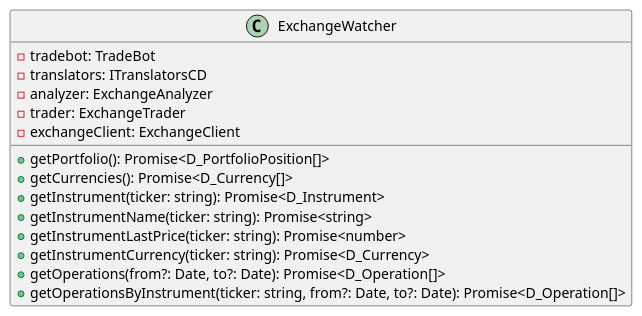
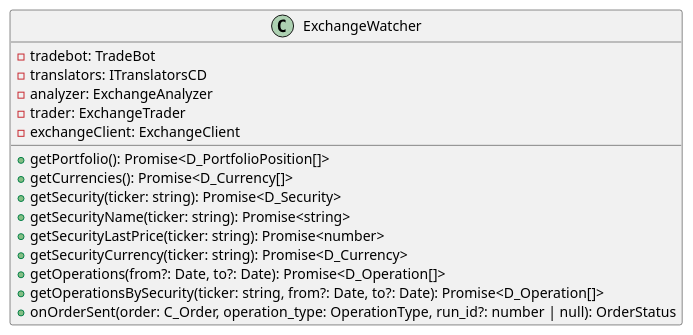
The diagram in docs/ExchangeWatcher.puml (d0rich/tradeb0t), drawn with PlantUML before and after one commit. The commit also changed 6 other files, not shown here.

```diff
--- a/docs/ExchangeWatcher.puml
+++ b/docs/ExchangeWatcher.puml
@@ -1,17 +1,18 @@
 @startuml
 class ExchangeWatcher {
     -tradebot: TradeBot
     -translators: ITranslatorsCD
     -analyzer: ExchangeAnalyzer
     -trader: ExchangeTrader
     -exchangeClient: ExchangeClient
     +getPortfolio(): Promise<D_PortfolioPosition[]>
     +getCurrencies(): Promise<D_Currency[]>
-    +getInstrument(ticker: string): Promise<D_Instrument>
-    +getInstrumentName(ticker: string): Promise<string>
-    +getInstrumentLastPrice(ticker: string): Promise<number>
-    +getInstrumentCurrency(ticker: string): Promise<D_Currency>
+    +getSecurity(ticker: string): Promise<D_Security>
+    +getSecurityName(ticker: string): Promise<string>
+    +getSecurityLastPrice(ticker: string): Promise<number>
+    +getSecurityCurrency(ticker: string): Promise<D_Currency>
     +getOperations(from?: Date, to?: Date): Promise<D_Operation[]>
-    +getOperationsByInstrument(ticker: string, from?: Date, to?: Date): Promise<D_Operation[]>
+    +getOperationsBySecurity(ticker: string, from?: Date, to?: Date): Promise<D_Operation[]>
+    +onOrderSent(order: C_Order, operation_type: OperationType, run_id?: number | null): OrderStatus
 }
 @enduml
```
